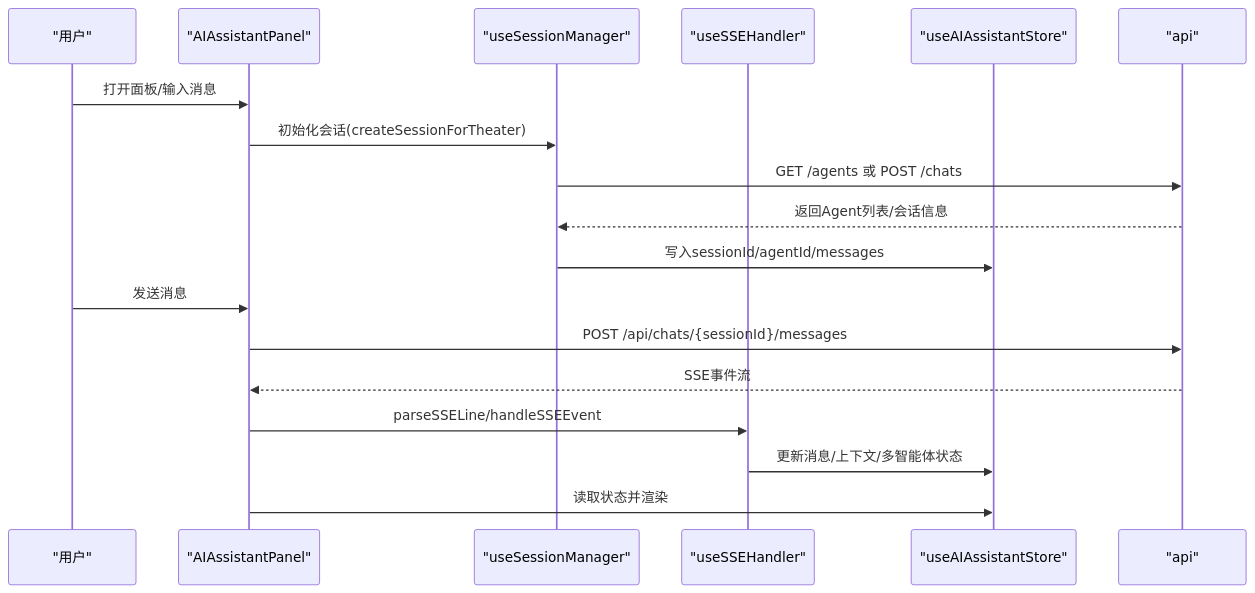
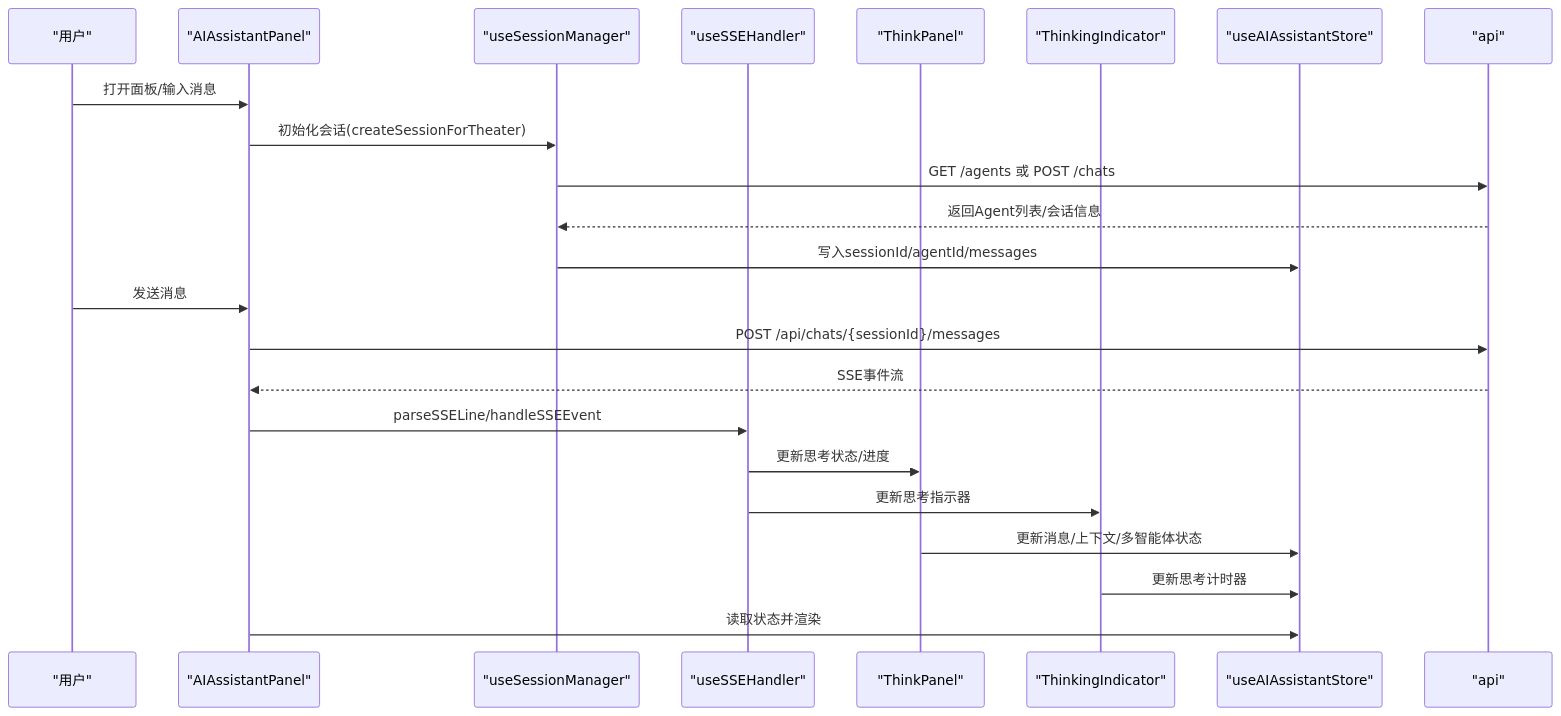
One commit to KunLabAI/KunFlix changed the second of 13 diagrams in .qoder/repowiki/zh/content/前端组件系统/AI助手组件/AI助手面板.md. Above: the diagram before and after it, drawn with Mermaid. The commit also changed other lines of this file and 5 other files, not shown here.

````diff
--- a/.qoder/repowiki/zh/content/前端组件系统/AI助手组件/AI助手面板.md
+++ b/.qoder/repowiki/zh/content/前端组件系统/AI助手组件/AI助手面板.md
@@ -125,20 +141,25 @@
 ```mermaid
 sequenceDiagram
 participant U as "用户"
 participant P as "AIAssistantPanel"
 participant S as "useSessionManager"
 participant SSE as "useSSEHandler"
+participant TP as "ThinkPanel"
+participant TI as "ThinkingIndicator"
 participant Z as "useAIAssistantStore"
 participant API as "api"
 U->>P : 打开面板/输入消息
 P->>S : 初始化会话(createSessionForTheater)
 S->>API : GET /agents 或 POST /chats
 API-->>S : 返回Agent列表/会话信息
 S->>Z : 写入sessionId/agentId/messages
 U->>P : 发送消息
 P->>API : POST /api/chats/{sessionId}/messages
 API-->>P : SSE事件流
 P->>SSE : parseSSELine/handleSSEEvent
-SSE->>Z : 更新消息/上下文/多智能体状态
+SSE->>TP : 更新思考状态/进度
+SSE->>TI : 更新思考指示器
+TP->>Z : 更新消息/上下文/多智能体状态
+TI->>Z : 更新思考计时器
 P->>Z : 读取状态并渲染
 ```
````
